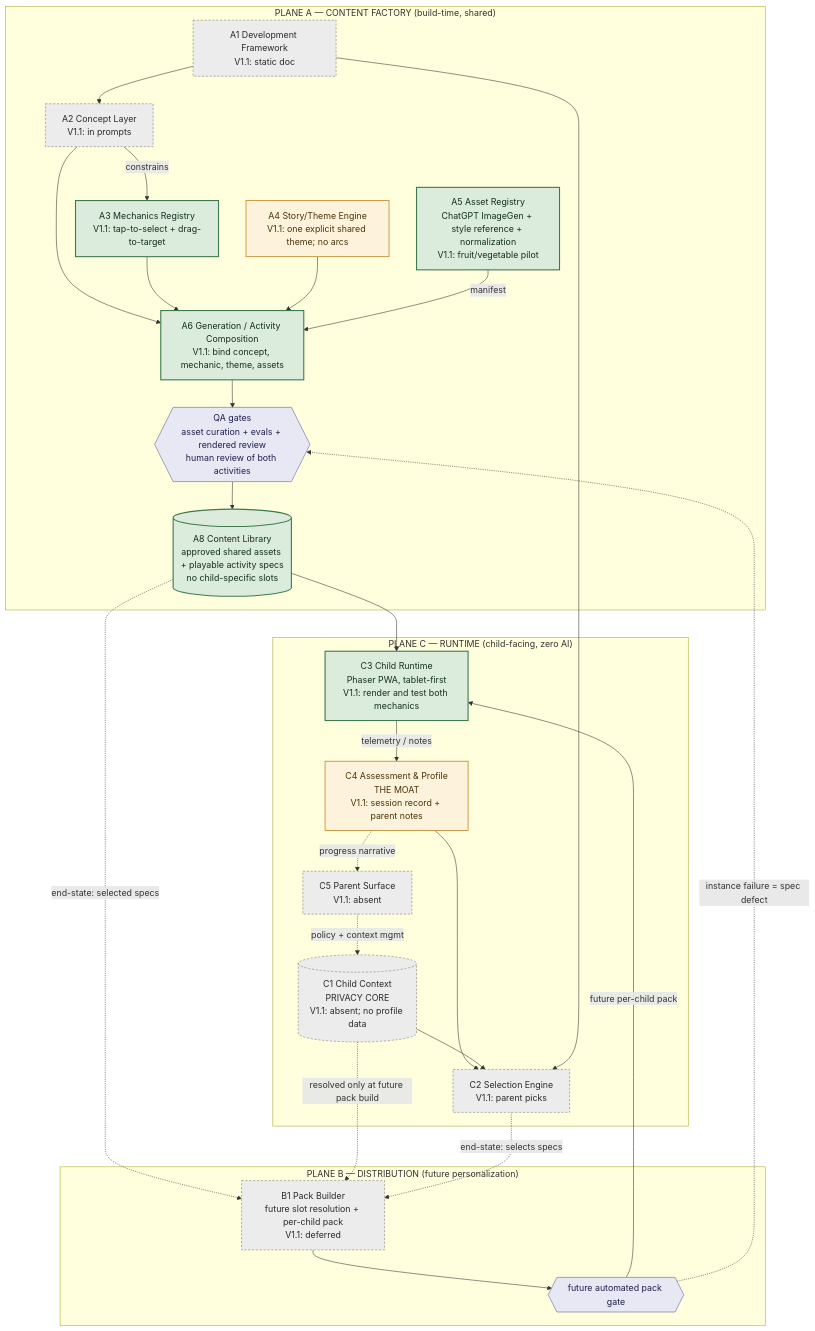
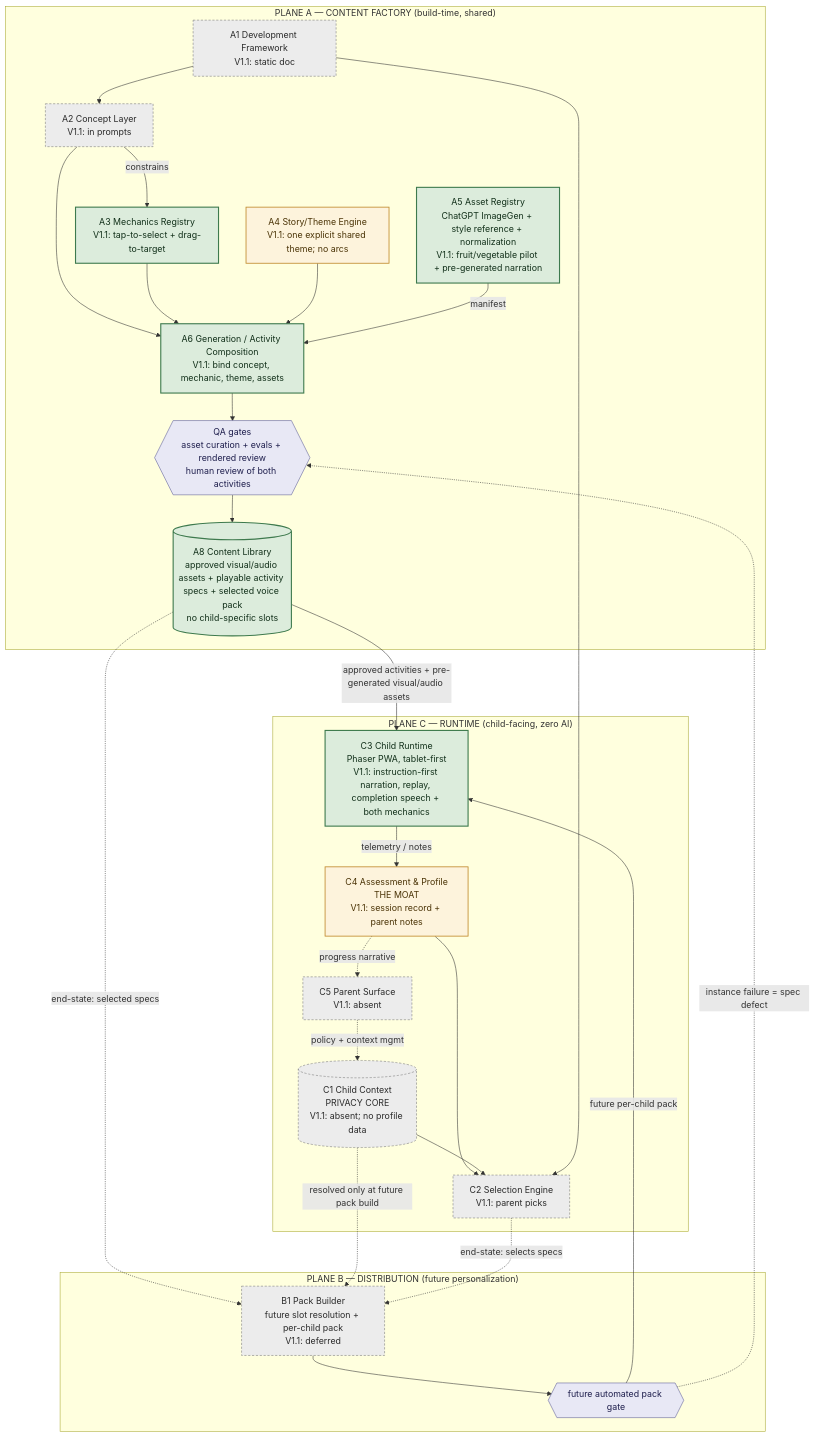
The diagram in BLOOM_V1_ARCHITECTURE_CANONICAL.mermaid (ajayrajen7/bloom), drawn with Mermaid before and after one commit. The commit also changed 16 other files, not shown here.

Commit message:
feat: add pre-generated activity voiceover experience

```diff
--- a/BLOOM_V1_ARCHITECTURE_CANONICAL.mermaid
+++ b/BLOOM_V1_ARCHITECTURE_CANONICAL.mermaid
@@ -1,50 +1,50 @@
 flowchart TB
     subgraph FACTORY["PLANE A — CONTENT FACTORY (build-time, shared)"]
         A1["A1 Development Framework<br/>V1.1: static doc"]:::stub
         A2["A2 Concept Layer<br/>V1.1: in prompts"]:::stub
         A3["A3 Mechanics Registry<br/>V1.1: tap-to-select + drag-to-target"]:::built
         A4["A4 Story/Theme Engine<br/>V1.1: one explicit shared theme; no arcs"]:::thin
-        A5["A5 Asset Registry<br/>ChatGPT ImageGen + style reference + normalization<br/>V1.1: fruit/vegetable pilot"]:::built
+        A5["A5 Asset Registry<br/>ChatGPT ImageGen + style reference + normalization<br/>V1.1: fruit/vegetable pilot + pre-generated narration"]:::built
         A6["A6 Generation / Activity Composition<br/>V1.1: bind concept, mechanic, theme, assets"]:::built
         G1{{"QA gates<br/>asset curation + evals + rendered review<br/>human review of both activities"}}:::gate
-        A8[("A8 Content Library<br/>approved shared assets + playable activity specs<br/>no child-specific slots")]:::built
+        A8[("A8 Content Library<br/>approved visual/audio assets + playable activity specs + selected voice pack<br/>no child-specific slots")]:::built
 
         A1 --> A2
         A2 -- constrains --> A3
         A2 --> A6
         A3 --> A6
         A4 --> A6
         A5 -- manifest --> A6
         A6 --> G1 --> A8
     end
 
     subgraph DIST["PLANE B — DISTRIBUTION (future personalization)"]
         B1["B1 Pack Builder<br/>future slot resolution + per-child pack<br/>V1.1: deferred"]:::stub
         G2{{"future automated pack gate"}}:::gate
     end
 
     subgraph RUNTIME["PLANE C — RUNTIME (child-facing, zero AI)"]
         C1[("C1 Child Context<br/>PRIVACY CORE<br/>V1.1: absent; no profile data")]:::stub
         C2["C2 Selection Engine<br/>V1.1: parent picks"]:::stub
-        C3["C3 Child Runtime<br/>Phaser PWA, tablet-first<br/>V1.1: render and test both mechanics"]:::built
+        C3["C3 Child Runtime<br/>Phaser PWA, tablet-first<br/>V1.1: instruction-first narration, replay, completion speech + both mechanics"]:::built
         C4["C4 Assessment & Profile<br/>THE MOAT<br/>V1.1: session record + parent notes"]:::thin
         C5["C5 Parent Surface<br/>V1.1: absent"]:::stub
     end
 
-    A8 --> C3
+    A8 -->|approved activities + pre-generated visual/audio assets| C3
     A8 -. end-state: selected specs .-> B1
     C1 -. resolved only at future pack build .-> B1
     B1 --> G2 -- future per-child pack --> C3
     C3 -- telemetry / notes --> C4
     C4 --> C2
     C1 --> C2
     A1 --> C2
     C2 -. end-state: selects specs .-> B1
     C4 -. progress narrative .-> C5
     C5 -. policy + context mgmt .-> C1
     G2 -. instance failure = spec defect .-> G1
 
     classDef built fill:#dcecdc,stroke:#3e7a4e,stroke-width:2px,color:#12301a
     classDef thin fill:#fdf3dc,stroke:#c08a2d,stroke-width:1.5px,color:#4a3306
     classDef stub fill:#ececec,stroke:#777777,stroke-dasharray: 4 3,color:#2b2b2b
     classDef gate fill:#e8e8f5,stroke:#5a5a99,color:#1f1f4d
```
